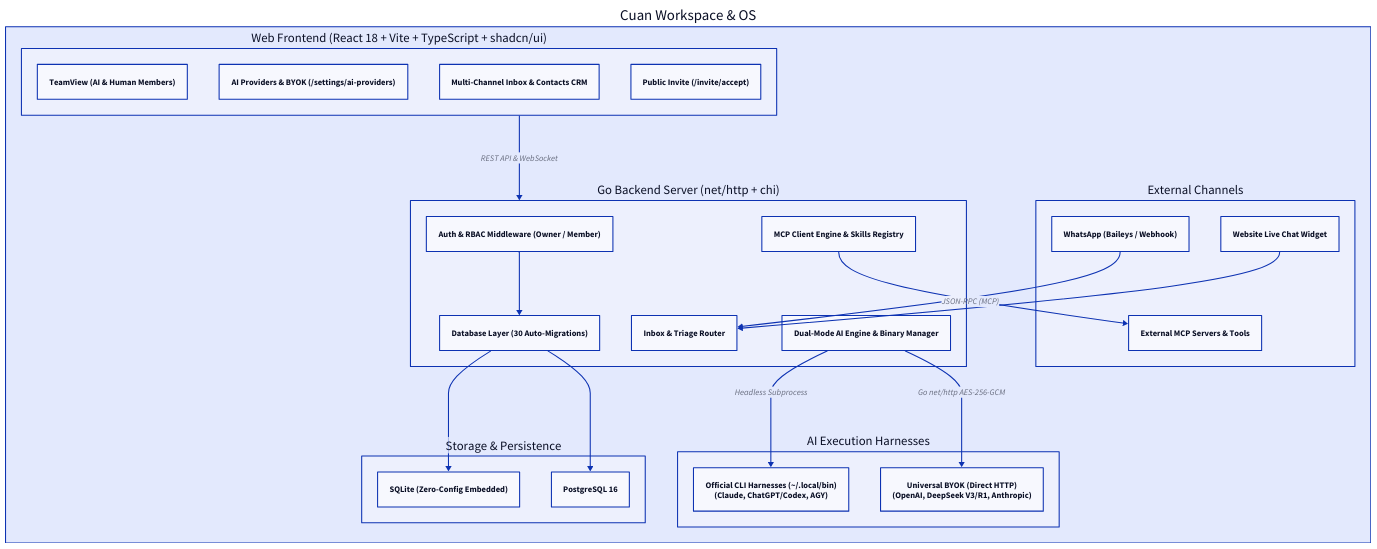
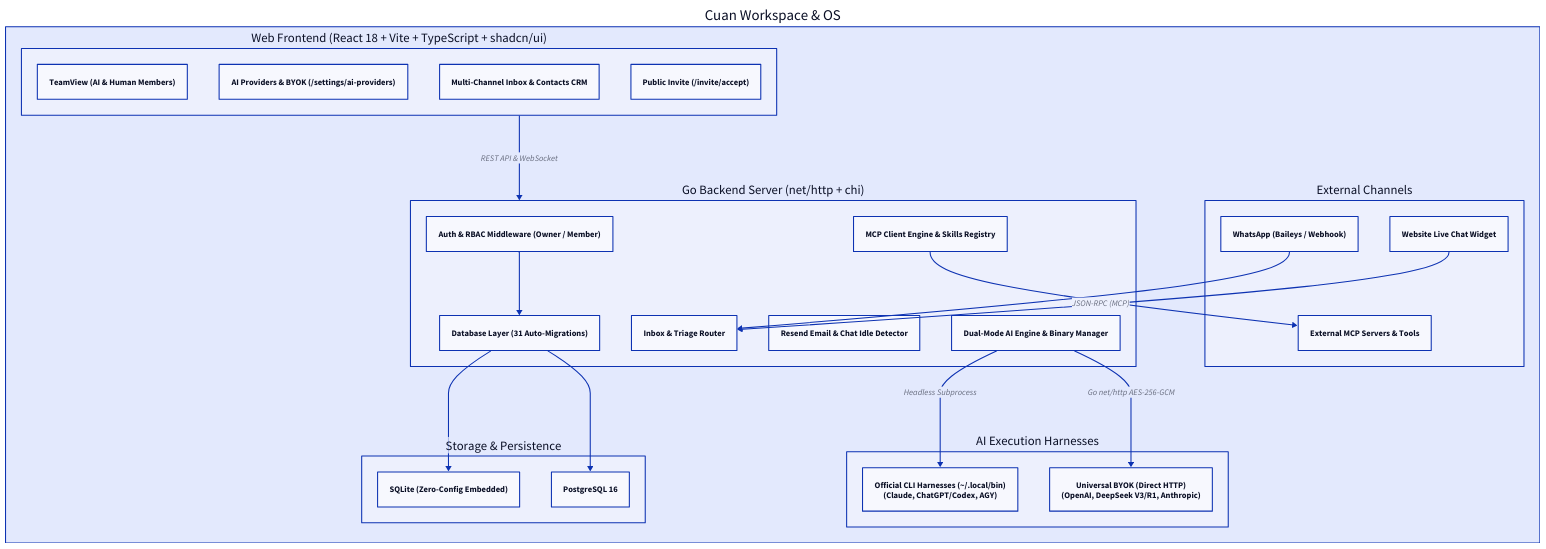
Before and after one commit to buchin/cuan: the diagram in README.md, drawn with D2. The commit also changed other lines of this file and 20 other files, not shown here.

First line of the commit message:
feat(resend): integrasi email Resend dan deteksi chat idle otomatis

````diff
--- a/README.md
+++ b/README.md
@@ -132,44 +138,45 @@
 ```d2
 workspace: "Cuan Workspace & OS" {
   frontend: "Web Frontend (React 18 + Vite + TypeScript + shadcn/ui)" {
     team_view: "TeamView (AI & Human Members)"
     ai_settings: "AI Providers & BYOK (/settings/ai-providers)"
     inbox_ui: "Multi-Channel Inbox & Contacts CRM"
     public_invite: "Public Invite (/invite/accept)"
   }
 
   backend: "Go Backend Server (net/http + chi)" {
     auth_rbac: "Auth & RBAC Middleware (Owner / Member)"
     ai_engine: "Dual-Mode AI Engine & Binary Manager"
     inbox_core: "Inbox & Triage Router"
+    resend_service: "Resend Email & Chat Idle Detector"
     mcp_engine: "MCP Client Engine & Skills Registry"
-    db_layer: "Database Layer (30 Auto-Migrations)"
+    db_layer: "Database Layer (31 Auto-Migrations)"
   }
 
   storage: "Storage & Persistence" {
     sqlite_db: "SQLite (Zero-Config Embedded)"
     pg_db: "PostgreSQL 16"
   }
 
   ai_layer: "AI Execution Harnesses" {
     subscriptions: "Official CLI Harnesses (~/.local/bin)\n(Claude, ChatGPT/Codex, AGY)"
     byok_providers: "Universal BYOK (Direct HTTP)\n(OpenAI, DeepSeek V3/R1, Anthropic)"
   }
 
   external_channels: "External Channels" {
     whatsapp: "WhatsApp (Baileys / Webhook)"
     livechat: "Website Live Chat Widget"
     mcp_servers: "External MCP Servers & Tools"
   }
 }
 
 workspace.frontend -> workspace.backend: "REST API & WebSocket"
 workspace.backend.auth_rbac -> workspace.backend.db_layer
 workspace.backend.ai_engine -> workspace.ai_layer.subscriptions: "Headless Subprocess"
 workspace.backend.ai_engine -> workspace.ai_layer.byok_providers: "Go net/http AES-256-GCM"
 workspace.backend.mcp_engine -> workspace.external_channels.mcp_servers: "JSON-RPC (MCP)"
 workspace.external_channels.whatsapp -> workspace.backend.inbox_core
 workspace.external_channels.livechat -> workspace.backend.inbox_core
 workspace.backend.db_layer -> workspace.storage.sqlite_db
 workspace.backend.db_layer -> workspace.storage.pg_db
 ```
````
